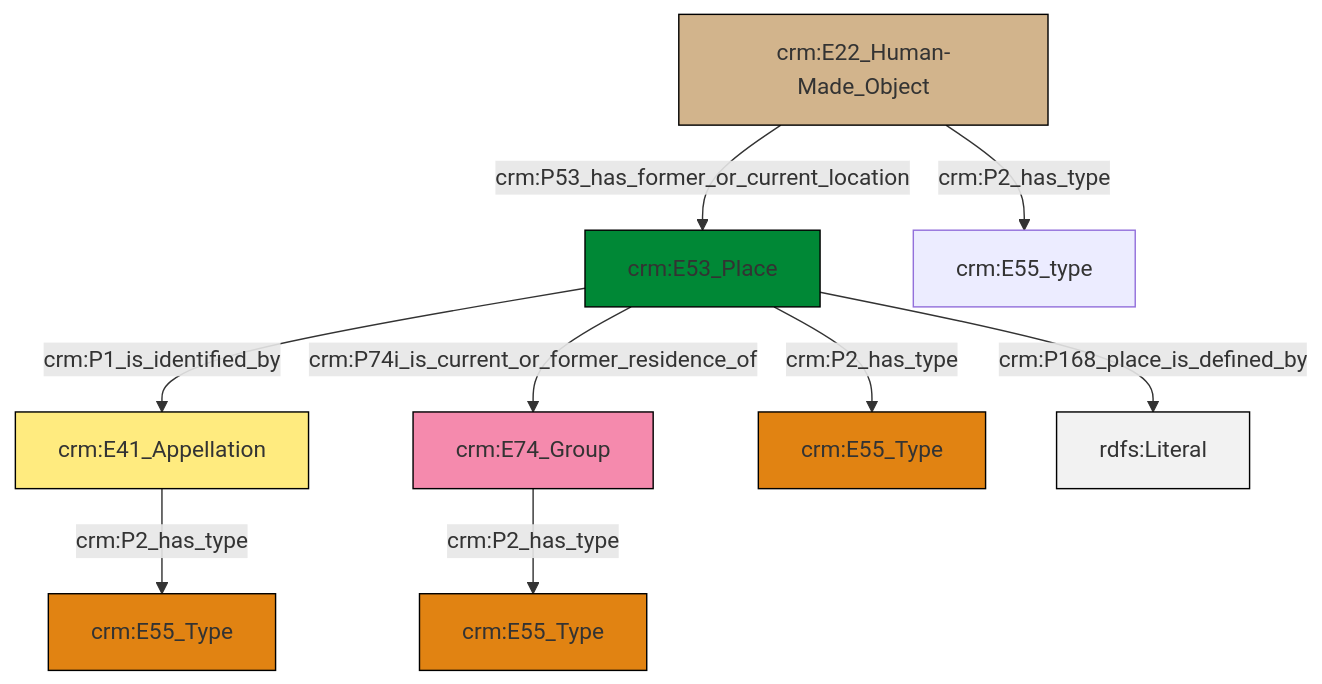
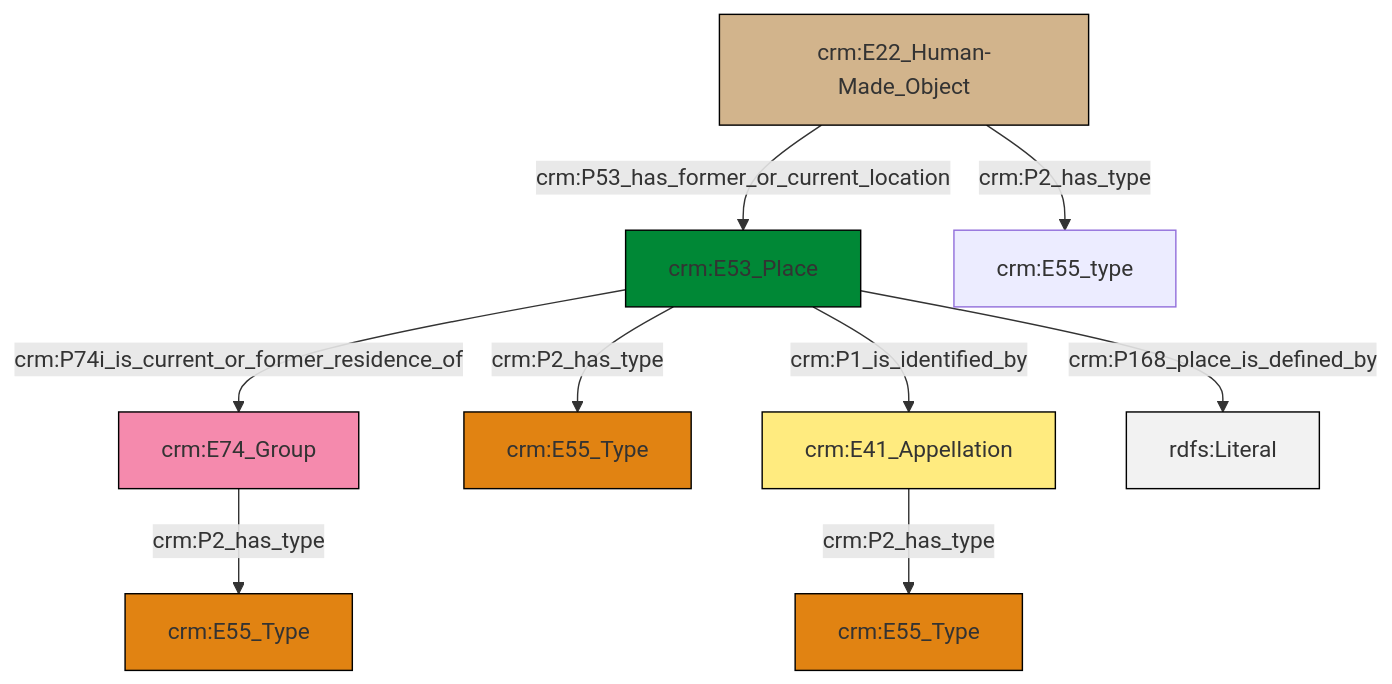
Before and after one commit to swiss-art-research-net/reference-data-models: the diagram in et/artworkCSV/ttl/mmd/Artwork_Location.ttl.mmd, drawn with Mermaid. The commit also changed 148 other files, not shown here.

```diff
--- a/et/artworkCSV/ttl/mmd/Artwork_Location.ttl.mmd
+++ b/et/artworkCSV/ttl/mmd/Artwork_Location.ttl.mmd
@@ -1,23 +1,23 @@
 graph TD
 classDef Literal fill:#f2f2f2,stroke:#000000;
 classDef CRM_Entity fill:#FFFFFF,stroke:#000000;
 classDef Temporal_Entity fill:#00C9E6, stroke:#000000;
 classDef Type fill:#E18312, stroke:#000000;
 classDef Time-Span fill:#2C9C91, stroke:#000000;
 classDef Appellation fill:#FFEB7F, stroke:#000000;
 classDef Place fill:#008836, stroke:#000000;
 classDef Persistent_Item fill:#B266B2, stroke:#000000;
 classDef Conceptual_Object fill:#FFD700, stroke:#000000;
 classDef Physical_Thing fill:#D2B48C, stroke:#000000;
 classDef Actor fill:#f58aad, stroke:#000000;
 classDef PC_Classes fill:#4ce600, stroke:#000000;
 classDef Multi fill:#cccccc,stroke:#000000;
 
-0["crm:E74_Group"]:::Actor -->|crm:P2_has_type| 1["crm:E55_Type"]:::Type
-4["crm:E22_Human-Made_Object"]:::Physical_Thing -->|crm:P53_has_former_or_current_location| 2["crm:E53_Place"]:::Place
-4["crm:E22_Human-Made_Object"]:::Physical_Thing -->|crm:P2_has_type| 5["crm:E55_type"]:::Default
-2["crm:E53_Place"]:::Place -->|crm:P1_is_identified_by| 6["crm:E41_Appellation"]:::Appellation
-2["crm:E53_Place"]:::Place -->|crm:P74i_is_current_or_former_residence_of| 0["crm:E74_Group"]:::Actor
-6["crm:E41_Appellation"]:::Appellation -->|crm:P2_has_type| 8["crm:E55_Type"]:::Type
-2["crm:E53_Place"]:::Place -->|crm:P2_has_type| 14["crm:E55_Type"]:::Type
-2["crm:E53_Place"]:::Place -->|crm:P168_place_is_defined_by| 16[rdfs:Literal]:::Literal
+0["crm:E41_Appellation"]:::Appellation -->|crm:P2_has_type| 1["crm:E55_Type"]:::Type
+2["crm:E53_Place"]:::Place -->|crm:P2_has_type| 3["crm:E55_Type"]:::Type
+4["crm:E74_Group"]:::Actor -->|crm:P2_has_type| 5["crm:E55_Type"]:::Type
+6["crm:E22_Human-Made_Object"]:::Physical_Thing -->|crm:P2_has_type| 7["crm:E55_type"]:::Default
+2["crm:E53_Place"]:::Place -->|crm:P168_place_is_defined_by| 11[rdfs:Literal]:::Literal
+2["crm:E53_Place"]:::Place -->|crm:P74i_is_current_or_former_residence_of| 4["crm:E74_Group"]:::Actor
+2["crm:E53_Place"]:::Place -->|crm:P1_is_identified_by| 0["crm:E41_Appellation"]:::Appellation
+6["crm:E22_Human-Made_Object"]:::Physical_Thing -->|crm:P53_has_former_or_current_location| 2["crm:E53_Place"]:::Place
```
